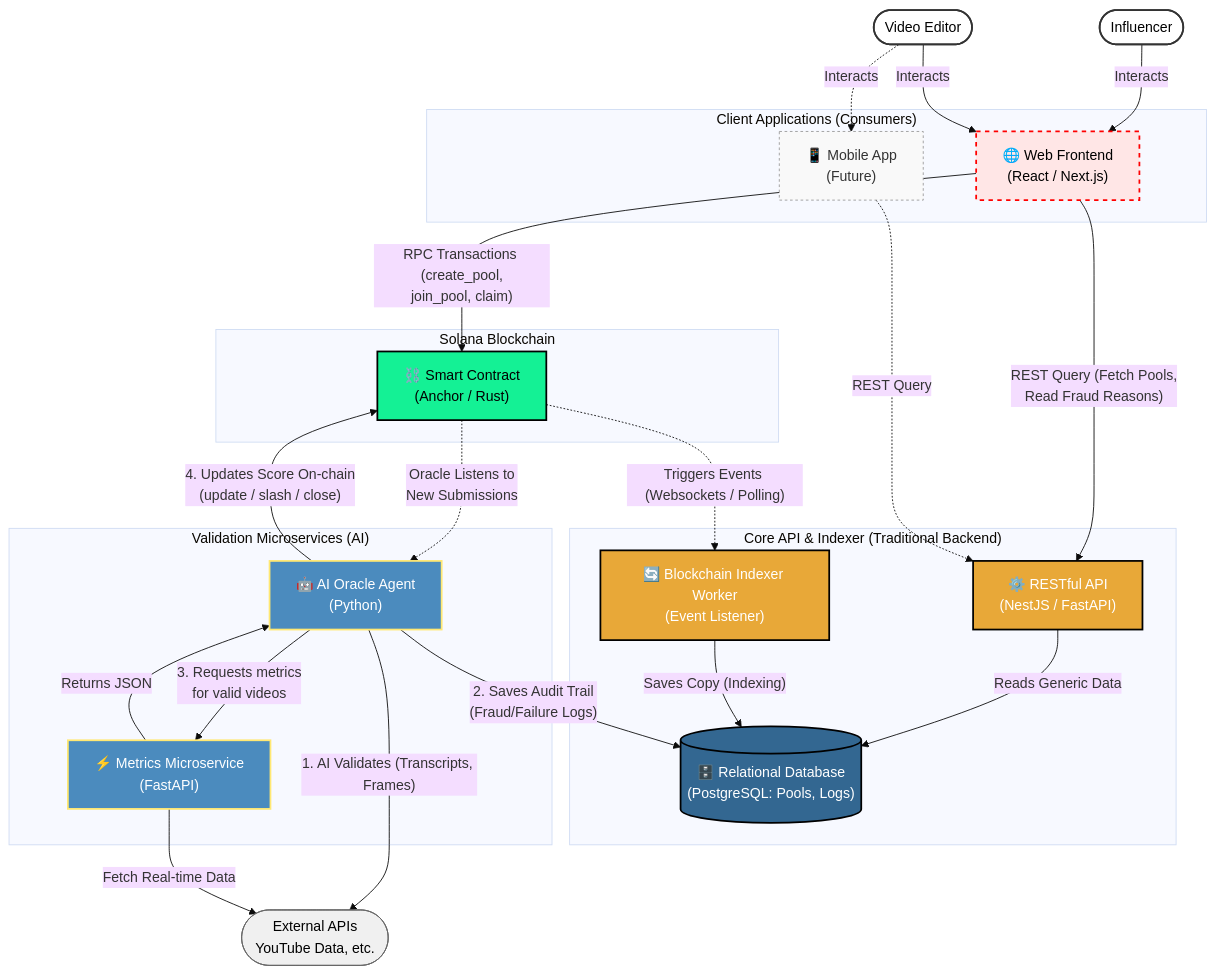
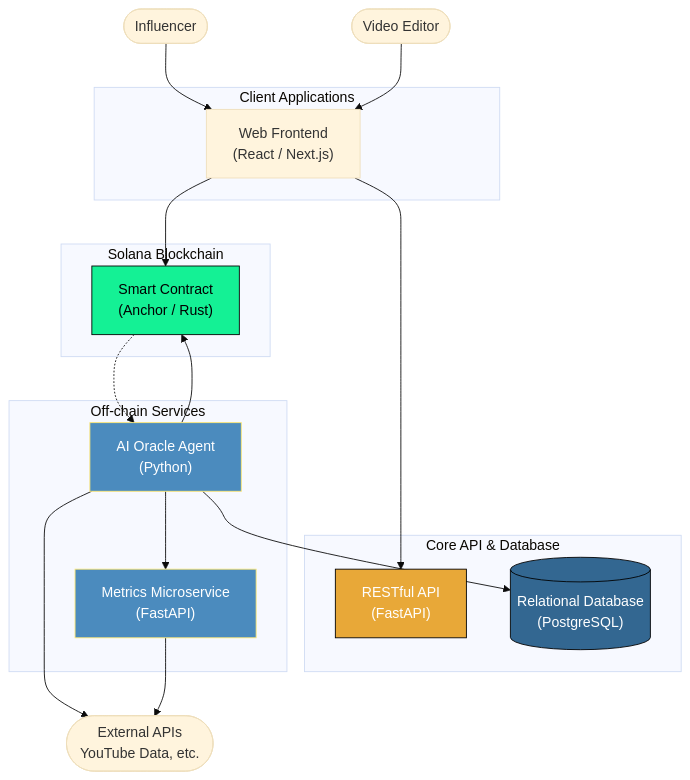
Before and after one commit to vdsilveira/SOLCUTS_colosseum_Hackathon: the diagram in README.md, drawn with Mermaid (base theme). The commit also changed other lines of this file and 2 other files, not shown here.

Commit message:
docs: simplify README architecture documentation and remove obsolete API test results

````diff
--- a/README.md
+++ b/README.md
@@ -15,82 +11,44 @@
 ```mermaid
 flowchart TD
-    %% Actors
     Influencer([Influencer])
     Editor([Video Editor])
     ExternalAPI([External APIs\nYouTube Data, etc.])
 
-    %% Clients
-    subgraph Clients ["Client Applications (Consumers)"]
-        Frontend["🌐 Web Frontend\n(React / Next.js)"]
-        MobileApp["📱 Mobile App\n(Future)"]
+    subgraph Clients ["Client Applications"]
+        Frontend["Web Frontend\n(React / Next.js)"]
     end
 
-    %% Traditional Backend
-    subgraph CoreBackend ["Core API & Indexer (Traditional Backend)"]
-        RestAPI["⚙️ RESTful API\n(NestJS / FastAPI)"]
-        IndexerWorker["🔄 Blockchain Indexer Worker\n(Event Listener)"]
-        PostgreSQL[("🗄️ Relational Database\n(PostgreSQL: Pools, Logs)")]
+    subgraph CoreBackend ["Core API & Database"]
+        RestAPI["RESTful API\n(FastAPI)"]
+        PostgreSQL[("Relational Database\n(PostgreSQL)")]
     end
 
-    %% Blockchain
     subgraph OnChain ["Solana Blockchain"]
-        Solana["⛓️ Smart Contract\n(Anchor / Rust)"]
+        Solana["Smart Contract\n(Anchor / Rust)"]
     end
 
-    %% Python Microservices
-    subgraph OffChain ["Validation Microservices (AI)"]
-        Oracle["🤖 AI Oracle Agent\n(Python)"]
-        MetricsAPI["⚡ Metrics Microservice\n(FastAPI)"]
+    subgraph OffChain ["Off-chain Services"]
+        Oracle["AI Oracle Agent\n(Python)"]
+        MetricsAPI["Metrics Microservice\n(FastAPI)"]
     end
 
-    %% Interactions User -> Clients
-    Influencer -- "Interacts" --> Frontend
-    Editor -- "Interacts" --> Frontend
-    Editor -. "Interacts" .-> MobileApp
+    Influencer --> Frontend
+    Editor --> Frontend
+    Frontend --> RestAPI
+    Frontend --> Solana
+    Solana -.-> Oracle
+    Oracle --> ExternalAPI
+    Oracle --> PostgreSQL
+    Oracle --> MetricsAPI
+    MetricsAPI --> ExternalAPI
+    Oracle --> Solana
 
-    %% Clients -> Traditional Backend (Read)
-    Frontend -- "REST Query (Fetch Pools,\nRead Fraud Reasons)" --> RestAPI
-    MobileApp -. "REST Query" .-> RestAPI
-    RestAPI -- "Reads Generic Data" --> PostgreSQL
-
-    %% Clients -> Blockchain (Write)
-    Frontend -- "RPC Transactions (create_pool,\njoin_pool, claim)" --> Solana
-
-    %% Synchronization Blockchain -> Backend
-    Solana -. "Triggers Events (Websockets / Polling)" .-> IndexerWorker
-    IndexerWorker -- "Saves Copy (Indexing)" --> PostgreSQL
-
-    %% Oracle Workflow
-    Solana -. "Oracle Listens to\nNew Submissions" .-> Oracle
-    Oracle -- "1. AI Validates (Transcripts, Frames)" --> ExternalAPI
-    
-    %% Oracle integrating with the Centralized Backend Database
-    Oracle -- "2. Saves Audit Trail\n(Fraud/Failure Logs)" --> PostgreSQL
-    
-    %% Oracle + Metrics
-    Oracle -- "3. Requests metrics\nfor valid videos" --> MetricsAPI
-    MetricsAPI -- "Fetch Real-time Data" --> ExternalAPI
-    MetricsAPI -- "Returns JSON" --> Oracle
-
-    %% Oracle Write
-    Oracle -- "4. Updates Score On-chain\n(update / slash / close)" --> Solana
-
-    %% Styles
-    classDef missing fill:#ffe6e6,stroke:#ff0000,stroke-width:2px,stroke-dasharray: 5 5,color:#000;
-    classDef external fill:#f0f0f0,stroke:#666,stroke-width:1px,color:#000;
-    classDef solana fill:#14F195,stroke:#000,stroke-width:2px,color:#000;
-    classDef python fill:#4B8BBE,stroke:#FFE873,stroke-width:2px,color:#fff;
-    classDef core fill:#E8A838,stroke:#000,stroke-width:2px,color:#fff;
-    classDef db fill:#336791,stroke:#000,stroke-width:2px,color:#fff;
-    classDef actor fill:#fff,stroke:#333,stroke-width:2px,color:#000;
-    classDef future fill:#f9f9f9,stroke:#999,stroke-width:1px,stroke-dasharray: 3 3;
-
-    class Frontend missing;
-    class MobileApp future;
+    classDef solana fill:#14F195,stroke:#000,color:#000;
+    classDef python fill:#4B8BBE,stroke:#FFE873,color:#fff;
+    classDef core fill:#E8A838,stroke:#000,color:#fff;
+    classDef db fill:#336791,stroke:#000,color:#fff;
     class Solana solana;
     class Oracle,MetricsAPI python;
-    class RestAPI,IndexerWorker core;
+    class RestAPI core;
     class PostgreSQL db;
-    class Influencer,Editor actor;
-    class ExternalAPI external;
 ```
````
